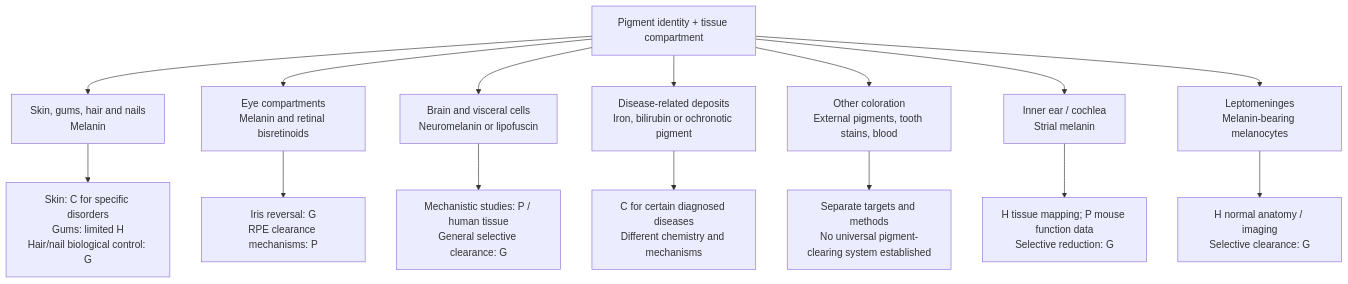
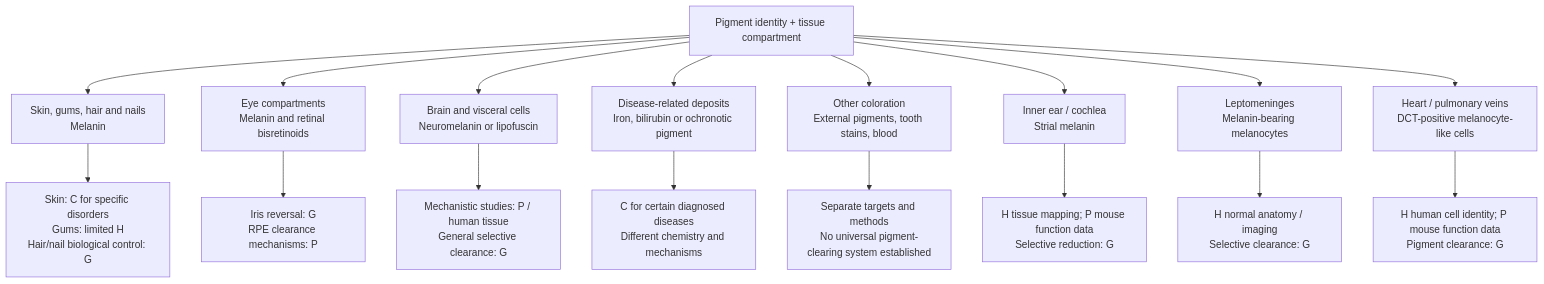
Before and after one commit to dylanstechmann/iris-color-without-contacts: the first of 19 diagrams in research/tissue-pigment-atlas.md, drawn with Mermaid. The commit also changed other lines of this file, not shown here.

Commit message:
Map cardiac melanocyte-like cells and functional limits

````diff
--- a/research/tissue-pigment-atlas.md
+++ b/research/tissue-pigment-atlas.md
@@ -23,18 +23,20 @@
 ```mermaid
 flowchart TD
     A["Pigment identity + tissue compartment"]
     A --> B["Skin, gums, hair and nails<br/>Melanin"]
     A --> C["Eye compartments<br/>Melanin and retinal bisretinoids"]
     A --> D["Brain and visceral cells<br/>Neuromelanin or lipofuscin"]
     A --> E["Disease-related deposits<br/>Iron, bilirubin or ochronotic pigment"]
     A --> F["Other coloration<br/>External pigments, tooth stains, blood"]
     A --> G["Inner ear / cochlea<br/>Strial melanin"]
     A --> H["Leptomeninges<br/>Melanin-bearing melanocytes"]
+    A --> I["Heart / pulmonary veins<br/>DCT-positive melanocyte-like cells"]
     B --> B1["Skin: C for specific disorders<br/>Gums: limited H<br/>Hair/nail biological control: G"]
     C --> C1["Iris reversal: G<br/>RPE clearance mechanisms: P"]
     D --> D1["Mechanistic studies: P / human tissue<br/>General selective clearance: G"]
     G --> G1["H tissue mapping; P mouse function data<br/>Selective reduction: G"]
     H --> H1["H normal anatomy / imaging<br/>Selective clearance: G"]
+    I --> I1["H human cell identity; P mouse function data<br/>Pigment clearance: G"]
     E --> E1["C for certain diagnosed diseases<br/>Different chemistry and mechanisms"]
     F --> F1["Separate targets and methods<br/>No universal pigment-clearing system established"]
 ```
````
